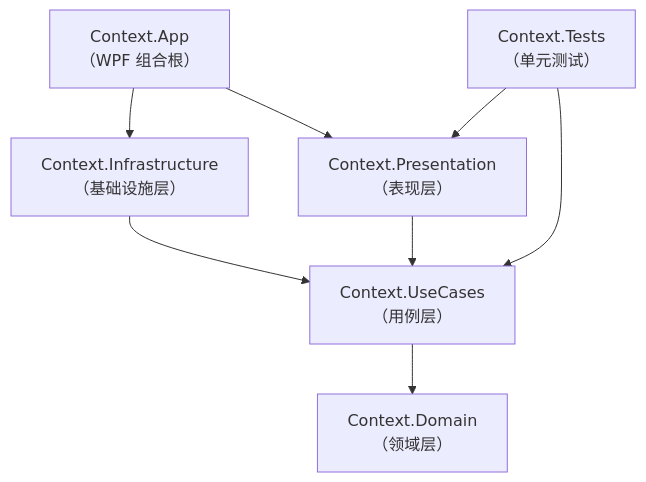
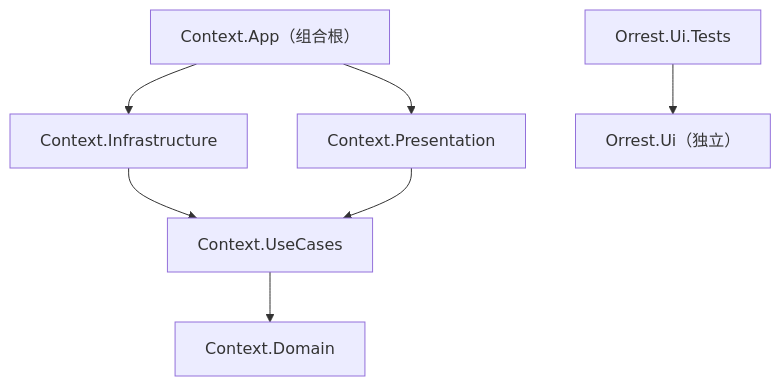
The diagram in ARCHITECTURE.md (orrest/Context), drawn with Mermaid before and after one commit. The commit also changed other lines of this file and 41 other files, not shown here.

````diff
--- a/ARCHITECTURE.md
+++ b/ARCHITECTURE.md
@@ -132,17 +26,17 @@
 ```mermaid
 graph TD
-    Domain["Context.Domain<br/>（领域层）"]
-    UseCases["Context.UseCases<br/>（用例层）"]
-    Infrastructure["Context.Infrastructure<br/>（基础设施层）"]
-    Presentation["Context.Presentation<br/>（表现层）"]
-    App["Context.App<br/>（WPF 组合根）"]
-    Tests["Context.Tests<br/>（单元测试）"]
+    Domain["Context.Domain"]
+    UseCases["Context.UseCases"]
+    Infrastructure["Context.Infrastructure"]
+    Presentation["Context.Presentation"]
+    App["Context.App（组合根）"]
+    UiTests["Orrest.Ui.Tests"]
+    Ui["Orrest.Ui（独立）"]
 
     UseCases --> Domain
     Infrastructure --> UseCases
     Presentation --> UseCases
     App --> Presentation
     App --> Infrastructure
-    Tests --> UseCases
-    Tests --> Presentation
+    UiTests --> Ui
 ```
````
